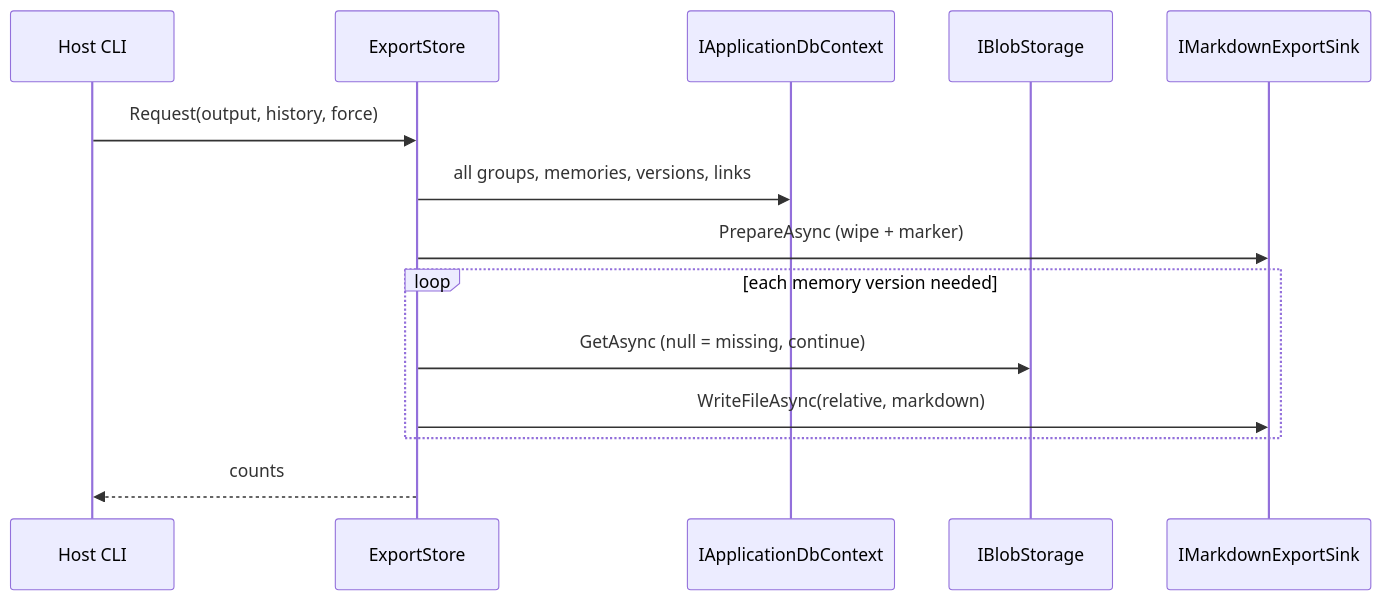
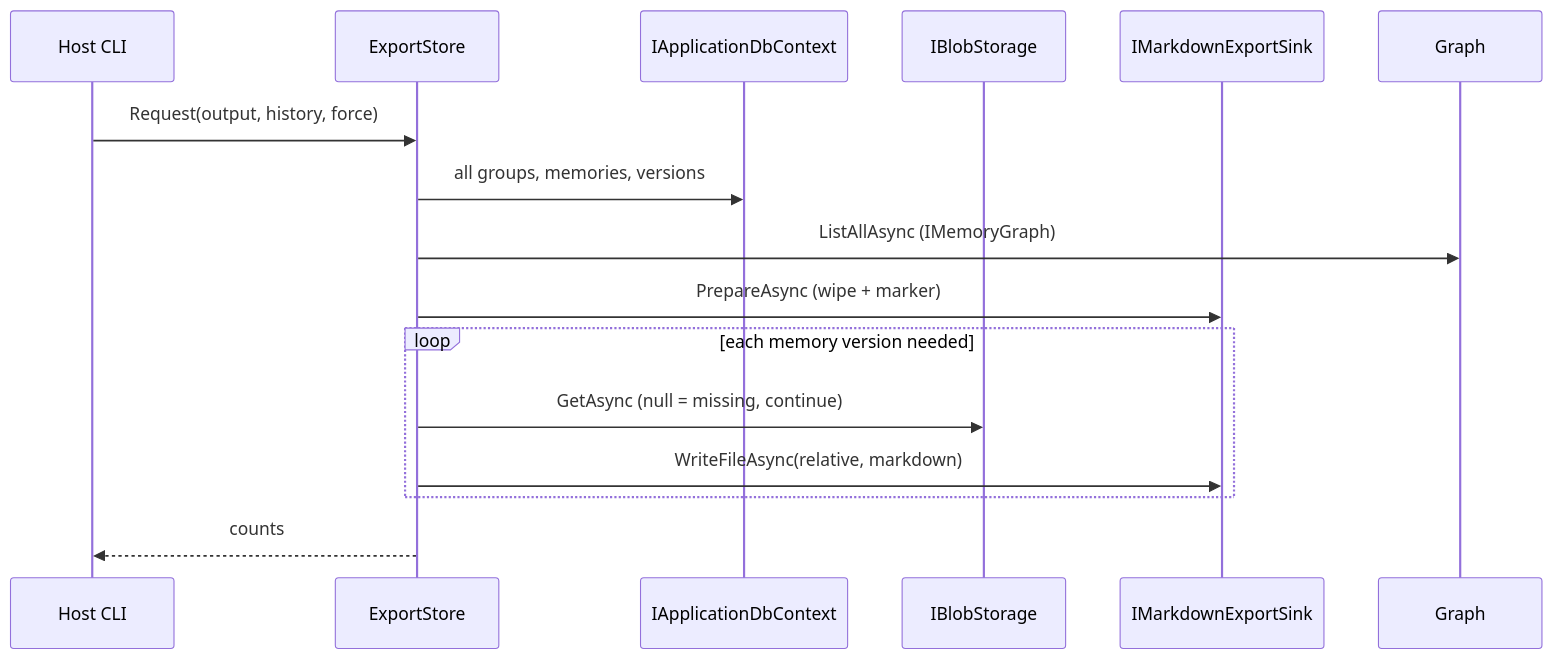
The diagram in src/SmoothAiProductContextMemory.Application/Features/Export/EXPORT_AGENTS.md (generic-automation-and-it/smooth-ai-product-context-memory), drawn with Mermaid before and after one commit. The commit also changed other lines of this file and 36 other files, not shown here.

First line of the commit message:
feat(persistence): replace memory_link with AGE graph edges

````diff
--- a/src/SmoothAiProductContextMemory.Application/Features/Export/EXPORT_AGENTS.md
+++ b/src/SmoothAiProductContextMemory.Application/Features/Export/EXPORT_AGENTS.md
@@ -21,17 +21,18 @@
 ```mermaid
 sequenceDiagram
     participant CLI as Host CLI
     participant Handler as ExportStore
     participant Db as IApplicationDbContext
     participant Blob as IBlobStorage
     participant Sink as IMarkdownExportSink
 
     CLI->>Handler: Request(output, history, force)
-    Handler->>Db: all groups, memories, versions, links
+    Handler->>Db: all groups, memories, versions
+    Handler->>Graph: ListAllAsync (IMemoryGraph)
     Handler->>Sink: PrepareAsync (wipe + marker)
     loop each memory version needed
         Handler->>Blob: GetAsync (null = missing, continue)
         Handler->>Sink: WriteFileAsync(relative, markdown)
     end
     Handler-->>CLI: counts
 ```
````
